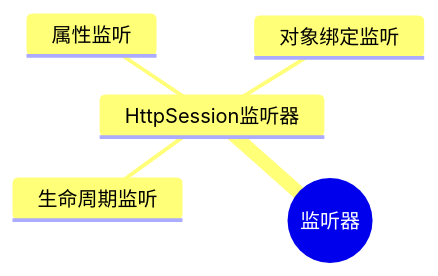
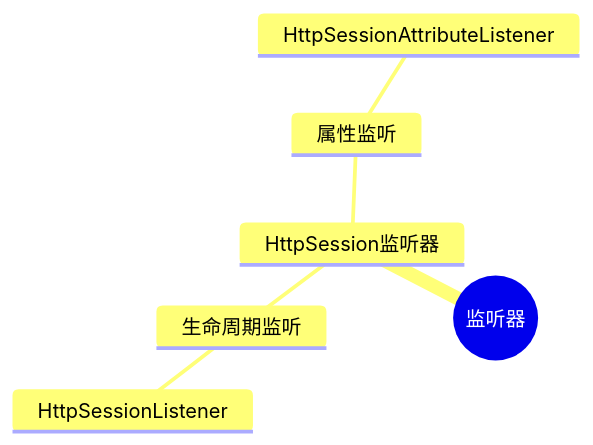
Before and after one commit to XingJi-love/XingJi-blog-plume: the second of 4 diagrams in docs/JavaWeb/会话_过滤器_监听器.md, drawn with Mermaid. The commit also changed other lines of this file and 6 other files, not shown here.

````diff
--- a/docs/JavaWeb/会话_过滤器_监听器.md
+++ b/docs/JavaWeb/会话_过滤器_监听器.md
@@ -1411,8 +1411,9 @@
 ```mermaid
 mindmap
   root((监听器))
       HttpSession监听器
         生命周期监听
+        	HttpSessionListener
         属性监听
-        对象绑定监听
+        	HttpSessionAttributeListener
 ```
````
